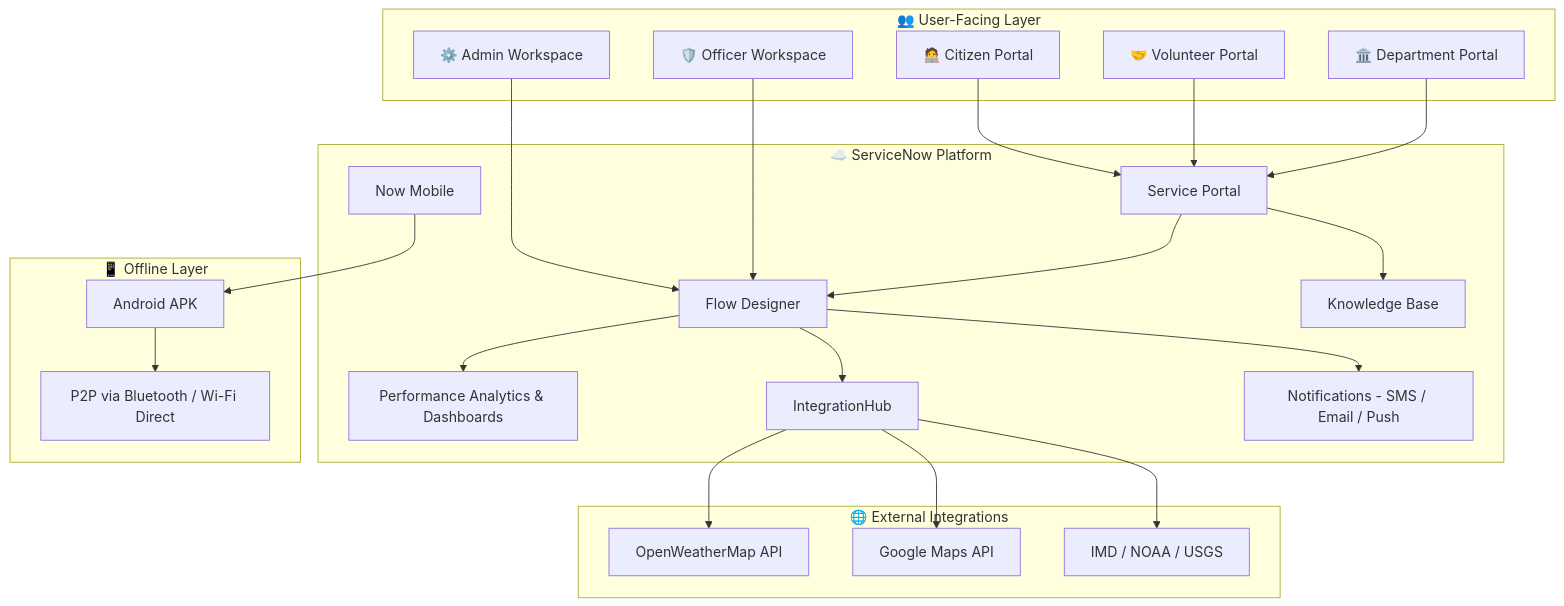
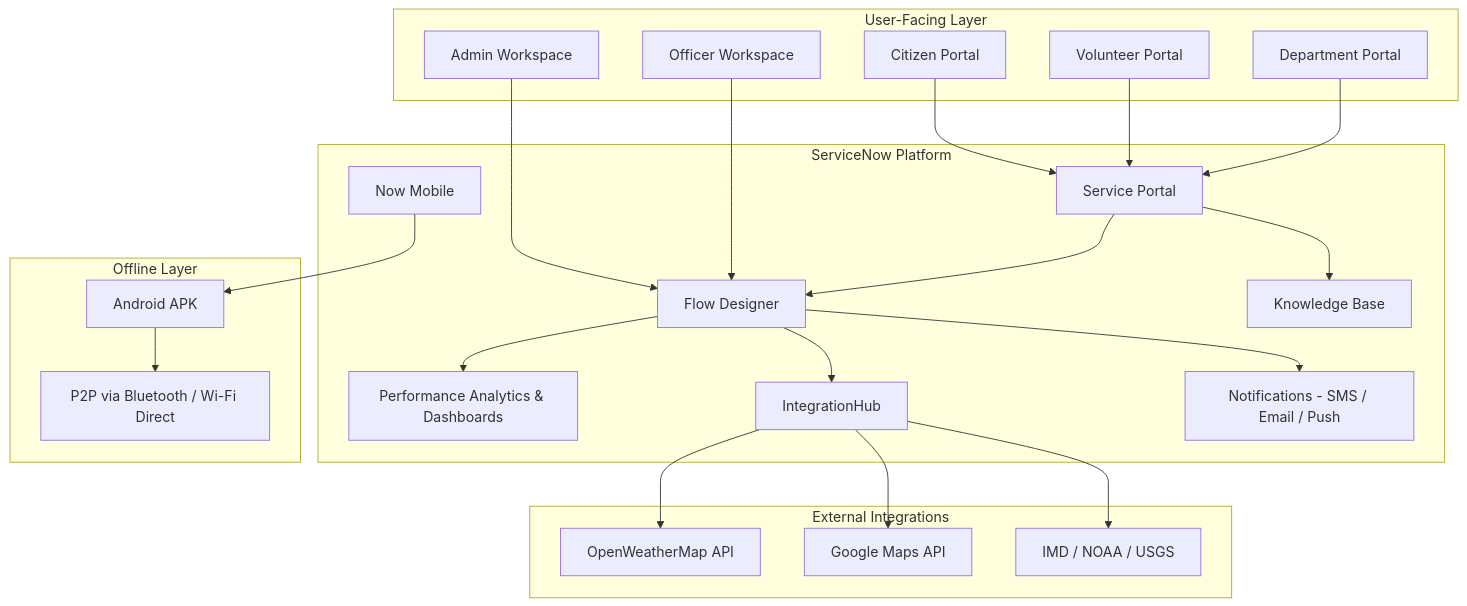
One commit to agrawalvansh/NowSquad changed the first of 2 diagrams in README.md. Above: the diagram before and after it, drawn with Mermaid. The commit also changed other lines of this file, not shown here.

````diff
--- a/README.md
+++ b/README.md
@@ -60,42 +60,42 @@
 ```mermaid
 flowchart TB
-    subgraph Users["👥 User-Facing Layer"]
-        CP["🧑‍💻 Citizen Portal"]
-        VP["🤝 Volunteer Portal"]
-        DP["🏛️ Department Portal"]
-        AW["⚙️ Admin Workspace"]
-        OW["🛡️ Officer Workspace"]
+    subgraph Users["User-Facing Layer"]
+        CP["Citizen Portal"]
+        VP["Volunteer Portal"]
+        DP["Department Portal"]
+        AW["Admin Workspace"]
+        OW["Officer Workspace"]
     end
 
-    subgraph SN["☁️ ServiceNow Platform"]
+    subgraph SN["ServiceNow Platform"]
         SP["Service Portal"]
         FD["Flow Designer"]
         PA["Performance Analytics & Dashboards"]
         IH["IntegrationHub"]
         NM["Now Mobile"]
         KB["Knowledge Base"]
         NF["Notifications - SMS / Email / Push"]
     end
 
-    subgraph EXT["🌐 External Integrations"]
+    subgraph EXT["External Integrations"]
         OWM["OpenWeatherMap API"]
         GM["Google Maps API"]
         IMD["IMD / NOAA / USGS"]
     end
 
-    subgraph OFFLINE["📱 Offline Layer"]
+    subgraph OFFLINE["Offline Layer"]
         APK["Android APK"]
         P2P["P2P via Bluetooth / Wi-Fi Direct"]
     end
 
     CP & VP & DP --> SP
     AW & OW --> FD
     SP --> FD
     FD --> PA
     FD --> NF
     IH --> OWM & GM & IMD
     NM --> APK
     APK --> P2P
     SP --> KB
     FD --> IH
 ```
````
